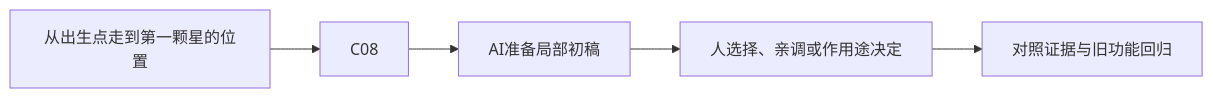
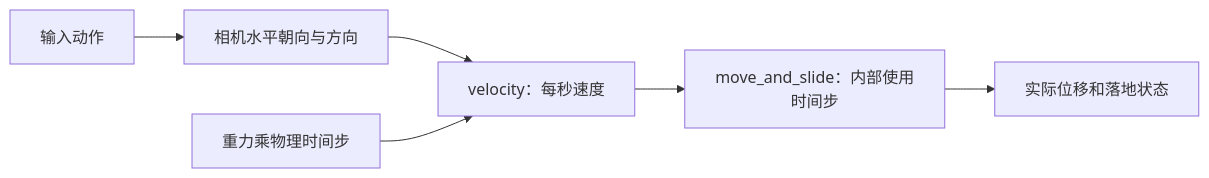
Before and after one commit to Zilur/ai-3d-game-learning: the diagram in curriculum/lessons/B03.md, drawn with Mermaid. The commit also changed other lines of this file and 164 other files, not shown here.

Commit message:
docs: publish 47 step-by-step AI lesson flows, world upgrade and optional training corner

````diff
--- a/curriculum/lessons/B03.md
+++ b/curriculum/lessons/B03.md
@@ -38,7 +35,8 @@
 ```mermaid
 flowchart LR
-  S["从出生点走到第一颗星的位置"] --> K["C08"]
-  K --> AI["AI准备局部初稿"]
-  AI --> H["人选择、亲调或作用途决定"]
-  H --> V["对照证据与旧功能回归"]
+ I["输入动作"] --> D["相机水平朝向与方向"]
+ D --> V["velocity：每秒速度"]
+ G["重力乘物理时间步"] --> V
+ V --> M["move_and_slide：内部使用时间步"]
+ M --> C["实际位移和落地状态"]
 ```
````
